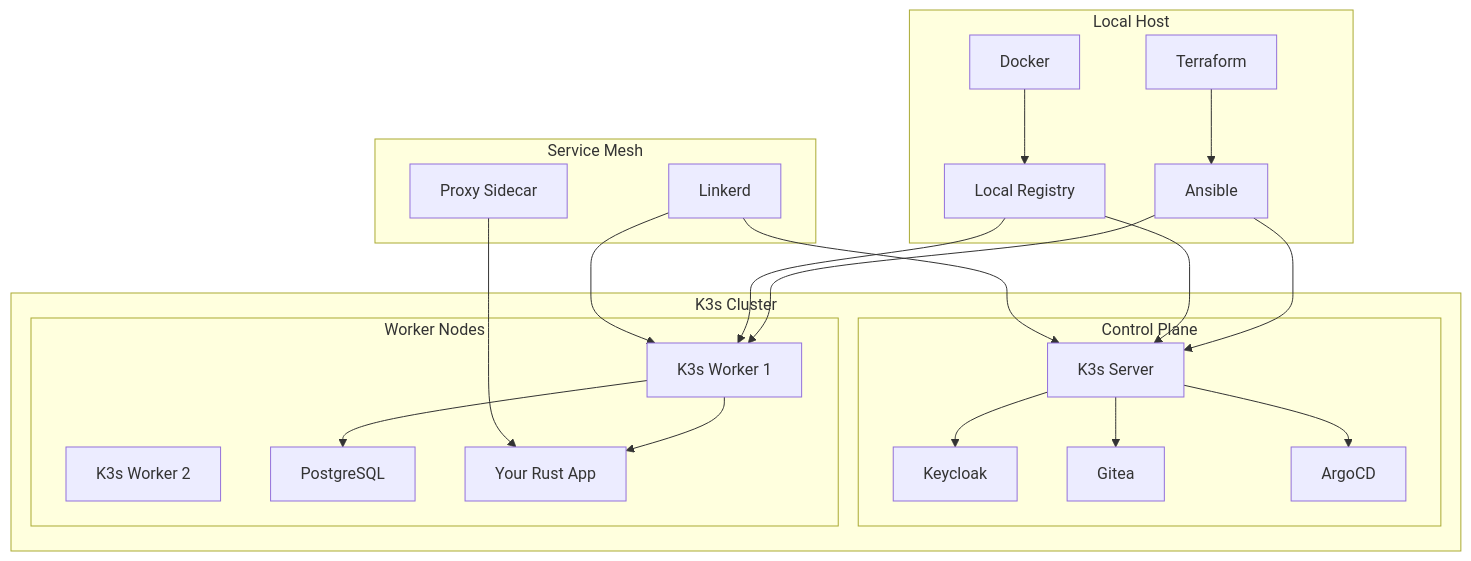
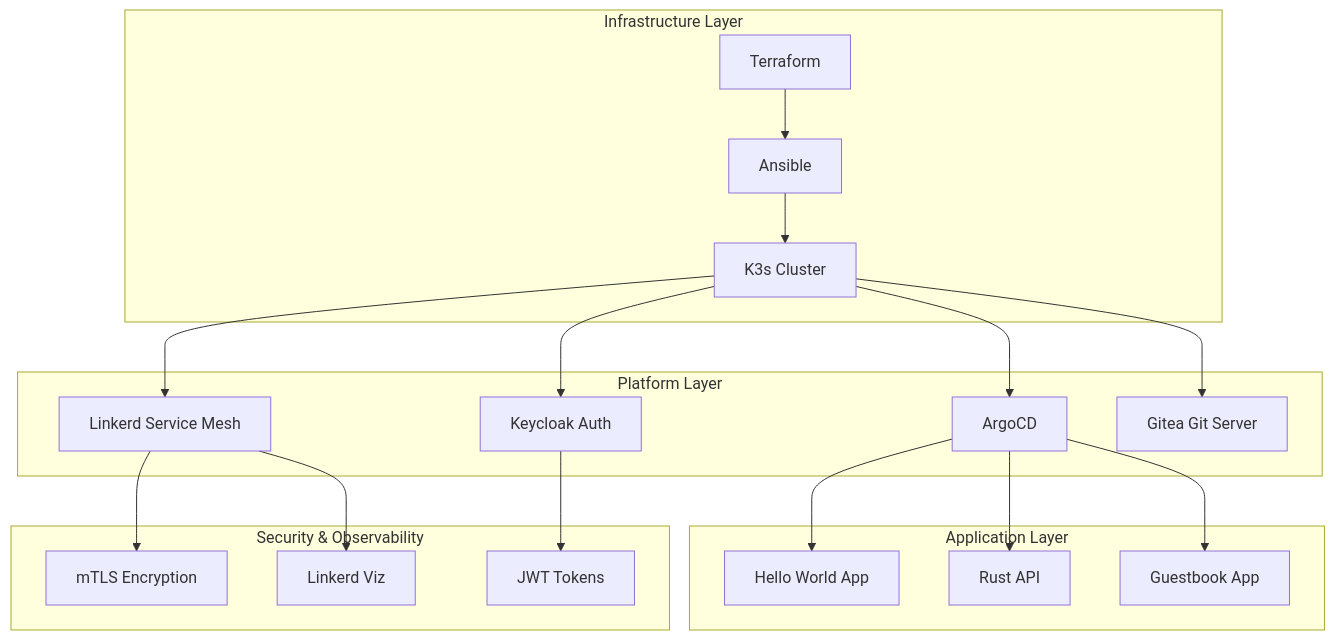
The first of 6 diagrams in docs/architecture.md (Celine-Coralie-Eni/k3s-lab), drawn with Mermaid before and after one commit. The commit also changed other lines of this file and 6 other files, not shown here.

````diff
--- a/docs/architecture.md
+++ b/docs/architecture.md
@@ -9,47 +5,26 @@
 ```mermaid
 graph TB
-    subgraph "Local Host"
-        TF[Terraform]
-        ANS[Ansible]
-        DOCKER[Docker]
-        REG[Local Registry]
+    subgraph "Infrastructure Layer"
+        TF[Terraform] --> ANS[Ansible]
+        ANS --> K3S[K3s Cluster]
     end
     
-    subgraph "K3s Cluster"
-        subgraph "Control Plane"
-            K3S_SERVER[K3s Server]
-            KEYCLOAK[Keycloak]
-            GITEA[Gitea]
-            ARGOCD[ArgoCD]
-        end
-        
-        subgraph "Worker Nodes"
-            K3S_WORKER1[K3s Worker 1]
-            K3S_WORKER2[K3s Worker 2]
-            POSTGRES[PostgreSQL]
-            APP[Your Rust App]
-        end
+    subgraph "Platform Layer"
+        K3S --> ARGO[ArgoCD]
+        K3S --> LINKERD[Linkerd Service Mesh]
+        K3S --> KEYCLOAK[Keycloak Auth]
+        K3S --> GITEA[Gitea Git Server]
     end
     
-    subgraph "Service Mesh"
-        LINKERD[Linkerd]
-        PROXY[Proxy Sidecar]
+    subgraph "Application Layer"
+        ARGO --> APP1[Hello World App]
+        ARGO --> APP2[Rust API]
+        ARGO --> APP3[Guestbook App]
     end
     
-    TF --> ANS
-    ANS --> K3S_SERVER
-    ANS --> K3S_WORKER1
-    DOCKER --> REG
-    REG --> K3S_SERVER
-    REG --> K3S_WORKER1
-    
-    K3S_SERVER --> KEYCLOAK
-    K3S_SERVER --> GITEA
-    K3S_SERVER --> ARGOCD
-    K3S_WORKER1 --> POSTGRES
-    K3S_WORKER1 --> APP
-    
-    LINKERD --> K3S_SERVER
-    LINKERD --> K3S_WORKER1
-    PROXY --> APP
+    subgraph "Security & Observability"
+        LINKERD --> MTLS[mTLS Encryption]
+        LINKERD --> VIZ[Linkerd Viz]
+        KEYCLOAK --> JWT[JWT Tokens]
+    end
 ```
````
